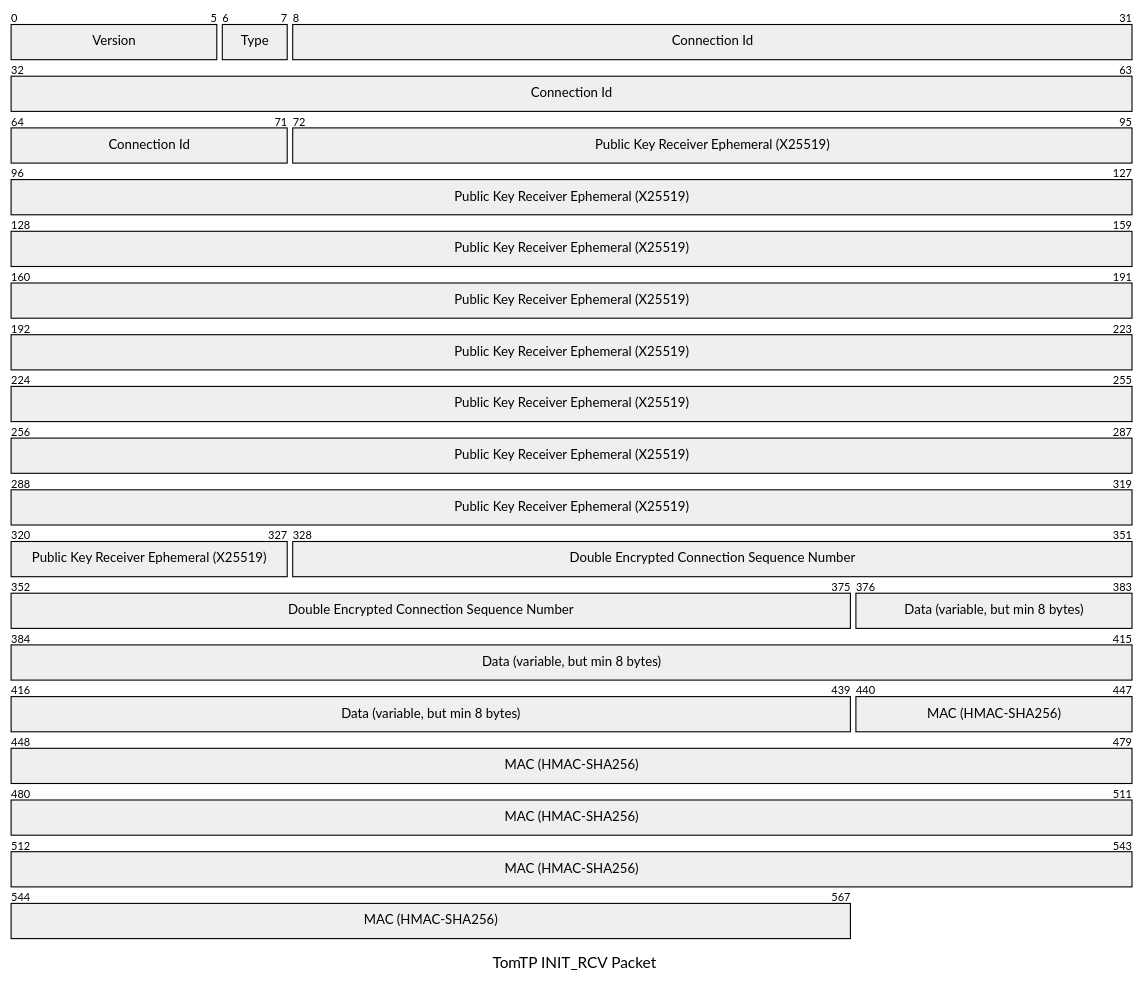
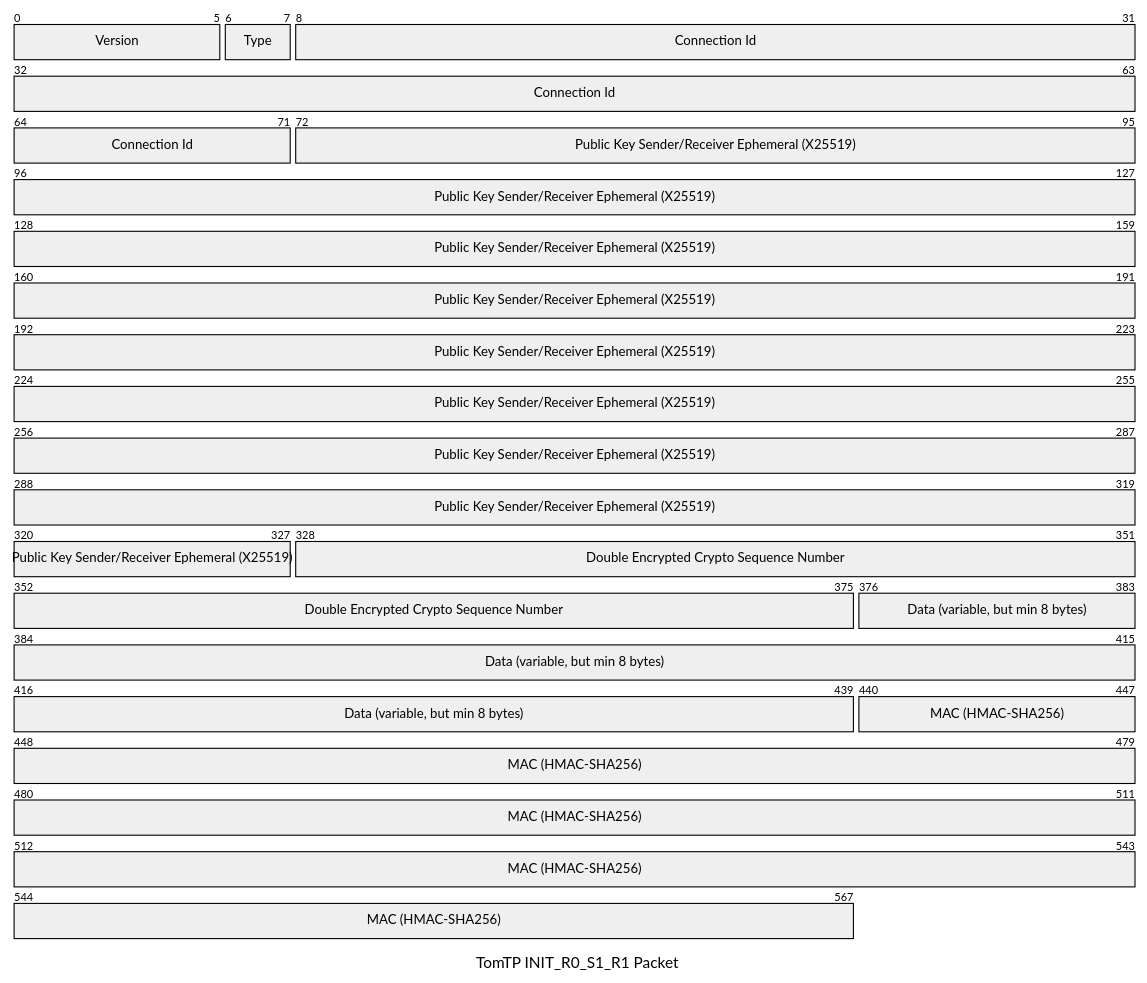
Before and after one commit to tbocek/tomtp: the second of 6 diagrams in Readme.md, drawn with Mermaid. The commit also changed other lines of this file and 6 other files, not shown here.

````diff
--- a/Readme.md
+++ b/Readme.md
@@ -77,13 +85,13 @@
 ```mermaid
 ---
-title: "TomTP INIT_RCV Packet"
+title: "TomTP INIT_R0_S1_R1 Packet"
 ---
 packet-beta
   0-5: "Version"
   6-7: "Type"
   8-71: "Connection Id"
-  72-327: "Public Key Receiver Ephemeral (X25519)"
-  328-375: "Double Encrypted Connection Sequence Number"
+  72-327: "Public Key Sender/Receiver Ephemeral (X25519)"
+  328-375: "Double Encrypted Crypto Sequence Number"
   376-439: "Data (variable, but min 8 bytes)"
   440-567: "MAC (HMAC-SHA256)"
 ```
````
